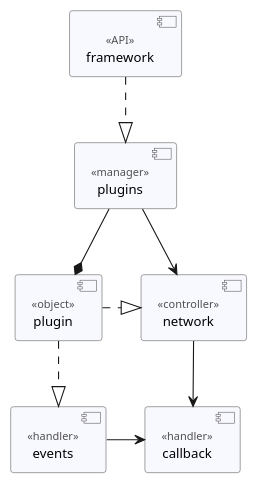
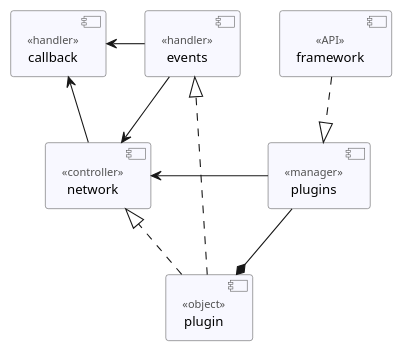
Before and after one commit to erik-riklund/wow: the diagram in Cogspinner/structure.puml, drawn with PlantUML. The commit also changed 1 other file, not shown here.

```diff
--- a/Cogspinner/structure.puml
+++ b/Cogspinner/structure.puml
@@ -1,49 +1,50 @@
 @startuml Cogspinner
 
 skinparam ClassFontSize 12pt
 skinparam ClassFontName Consolas
 skinparam ComponentBackgroundColor GhostWhite
 skinparam ComponentBorderColor #565656
 skinparam ComponentFontStyle normal
 skinparam ComponentFontSize 12pt
 skinparam ComponentFontName Consolas
 skinparam ComponentStereotypeFontName Consolas
 skinparam ComponentStereotypeFontSize 10pt
 skinparam ComponentStereotypeFontColor #515151
 skinparam InterfaceBackgroundColor Orange
 skinparam NoteFontName Franklin Gothic Medium
 skinparam NoteFontSize 12pt
 skinparam NoteFontColor black
 skinparam NoteBackgroundColor #FEFFDD
 skinparam NoteBorderColor #96968D
 skinparam ArrowFontName Consolas
 skinparam ArrowFontSize 10pt
 
 component "framework" as Framework <<API>>
 component "plugins" as Plugins <<manager>>
 
 Framework ..|> Plugins
 
 component "plugin" as Plugin <<object>>
 
 Plugins --* Plugin
 
 component "network" as Network <<controller>>
 component "events" as Event <<handler>>
 
-Plugins -> Network
+Plugins -left-> Network
+Event --> Network
 
 Plugin .|> Network
 Plugin ..|> Event
 
 component "callback" as Dispatch <<handler>>
 
 Network -> Dispatch
-Event -> Dispatch
+Event -left-> Dispatch
 
 'component "locales" as Locale <<manager>>
 
 'Framework .left.|> Locale
 'Plugin -> Locale
 
 @enduml
```
